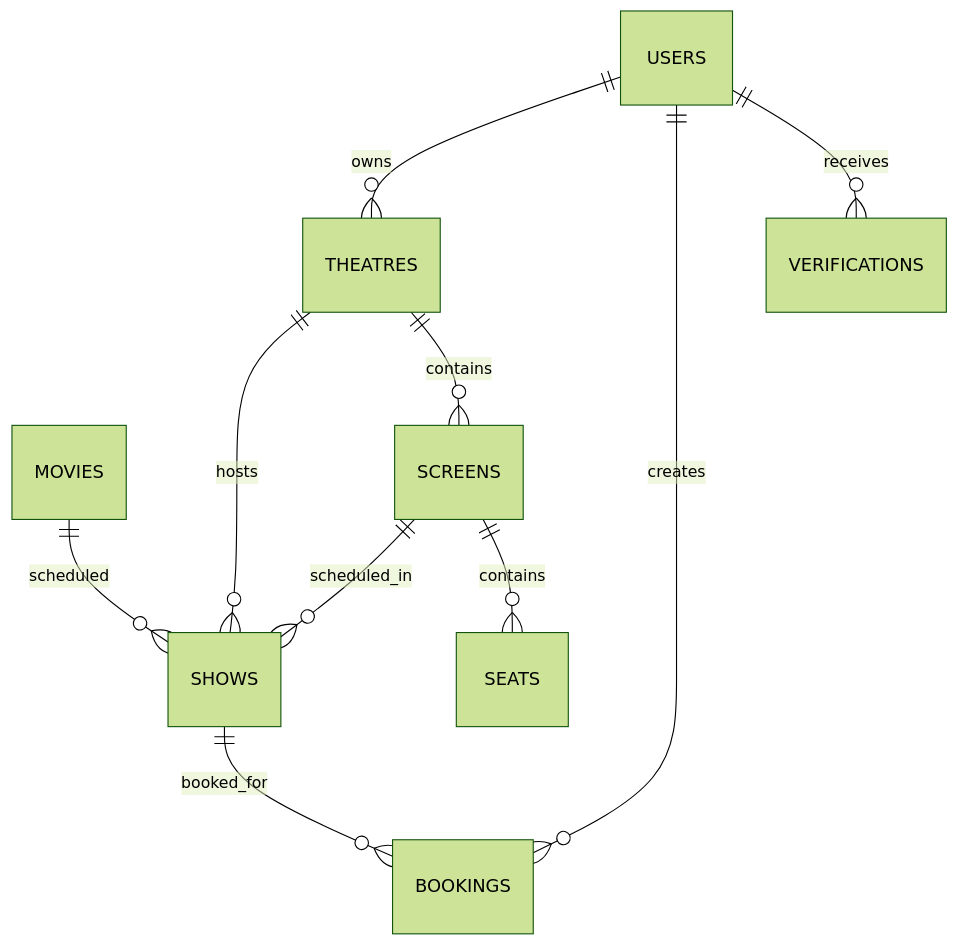
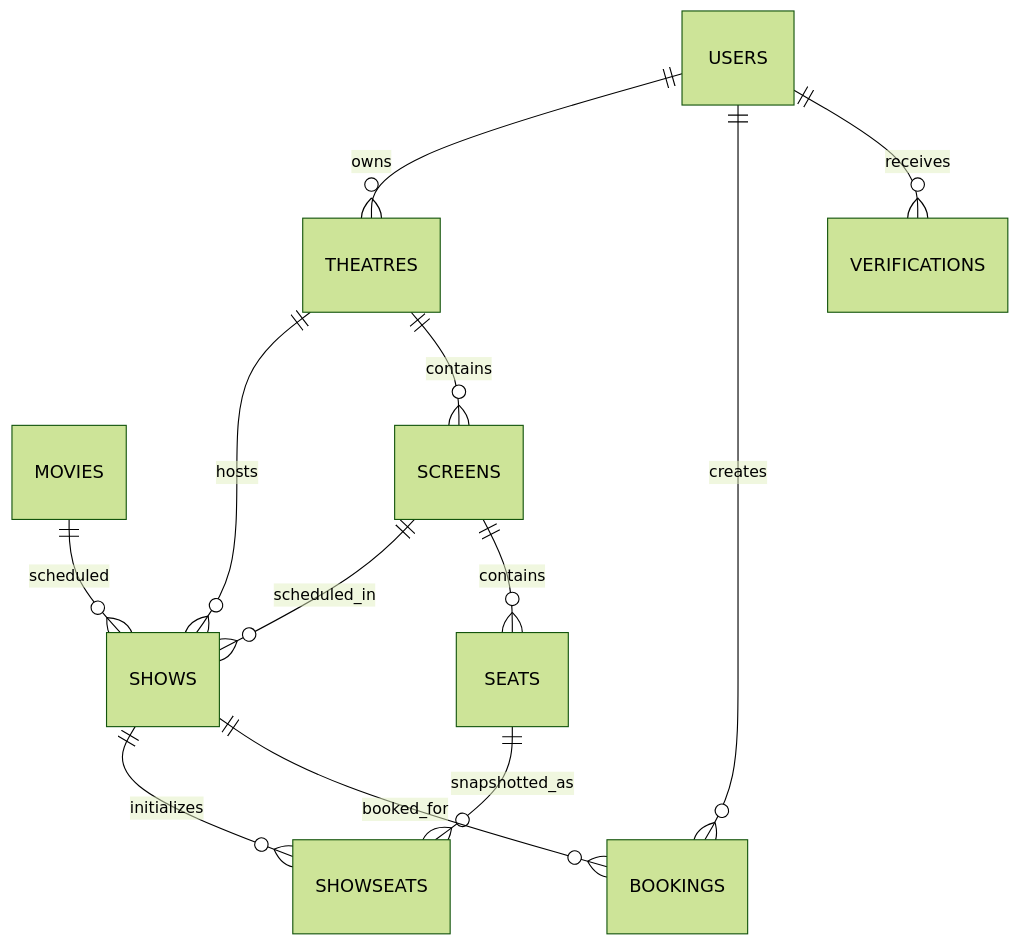
Before and after one commit to Shravan-509/BookMyShow: diagram 11 of 12 in docs/ARCHITECTURE.md, drawn with Mermaid (forest theme). The commit also changed other lines of this file and 10 other files, not shown here.

````diff
--- a/docs/ARCHITECTURE.md
+++ b/docs/ARCHITECTURE.md
@@ -727,15 +742,17 @@
 ```mermaid
 erDiagram
 
     USERS ||--o{ THEATRES : owns
     USERS ||--o{ BOOKINGS : creates
     USERS ||--o{ VERIFICATIONS : receives
 
     MOVIES ||--o{ SHOWS : scheduled
     THEATRES ||--o{ SHOWS : hosts
     THEATRES ||--o{ SCREENS : contains
     SCREENS ||--o{ SHOWS : scheduled_in
     SCREENS ||--o{ SEATS : contains
 
+    SEATS ||--o{ SHOWSEATS : snapshotted_as
+    SHOWS ||--o{ SHOWSEATS : initializes
     SHOWS ||--o{ BOOKINGS : booked_for
 ```
````
